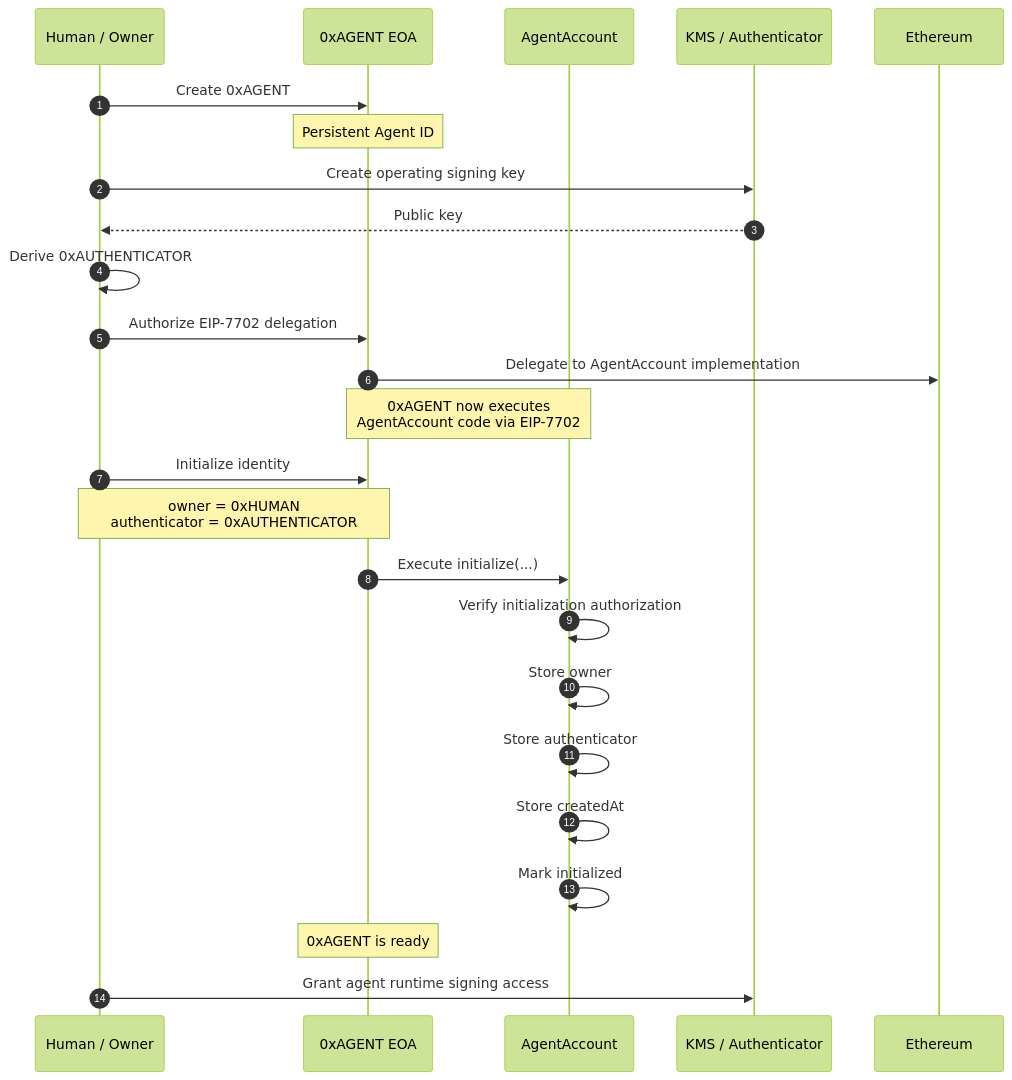
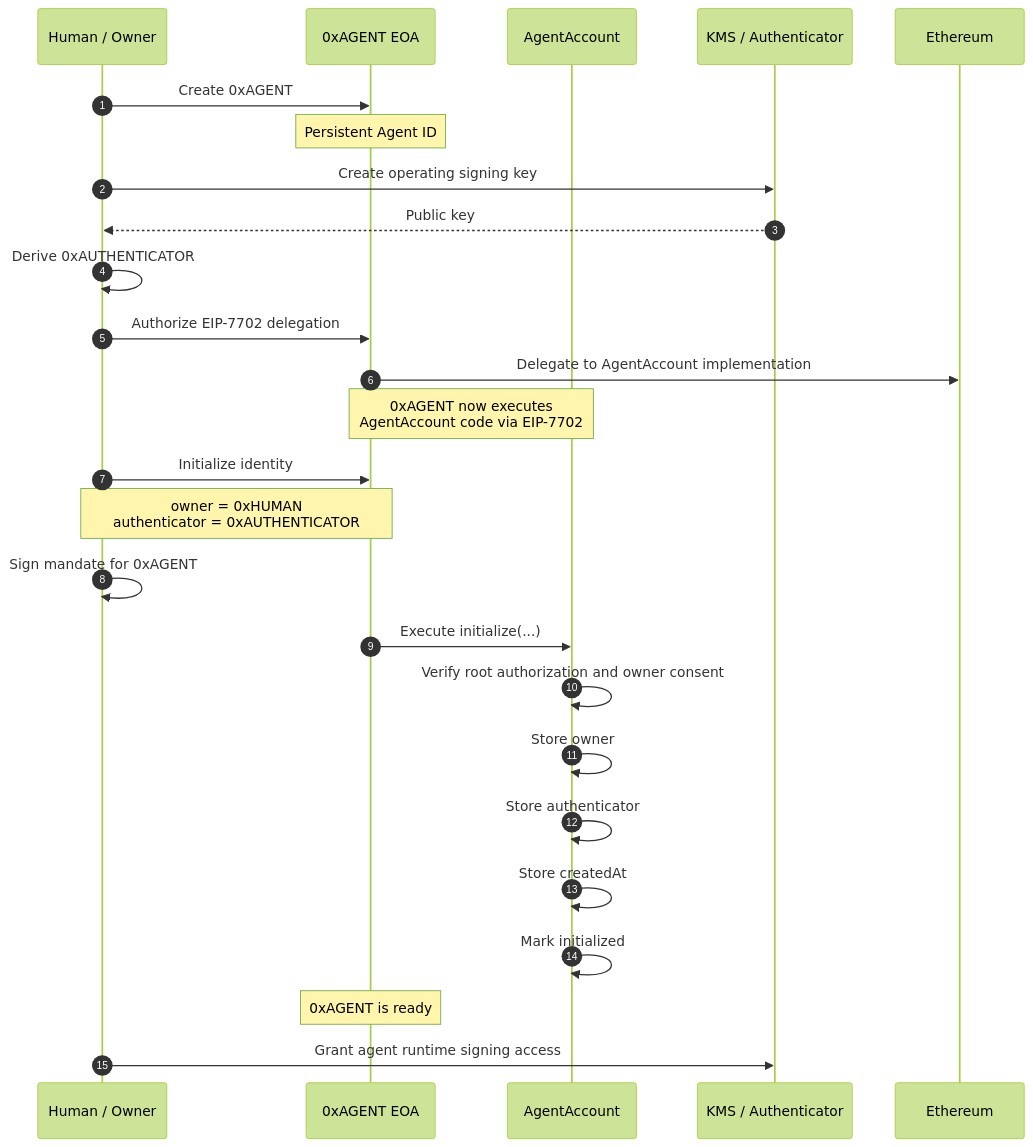
Before and after one commit to ryuux05/eth-tokyo-2026: the first of 3 diagrams in docs/PROTOCOL.md, drawn with Mermaid (forest theme). The commit also changed other lines of this file and 2 other files, not shown here.

Commit message:
Document agent identity and user mandate model

````diff
--- a/docs/PROTOCOL.md
+++ b/docs/PROTOCOL.md
@@ -30,36 +36,37 @@
 ```mermaid
 sequenceDiagram
     autonumber
 
     participant H as Human / Owner
     participant A as 0xAGENT EOA
     participant C as AgentAccount
     participant K as KMS / Authenticator
     participant E as Ethereum
 
     H->>A: Create 0xAGENT
     Note over A: Persistent Agent ID
 
     H->>K: Create operating signing key
     K-->>H: Public key
     H->>H: Derive 0xAUTHENTICATOR
 
     H->>A: Authorize EIP-7702 delegation
     A->>E: Delegate to AgentAccount implementation
 
     Note over A,C: 0xAGENT now executes<br/>AgentAccount code via EIP-7702
 
     H->>A: Initialize identity
     Note over H,A: owner = 0xHUMAN<br/>authenticator = 0xAUTHENTICATOR
+    H->>H: Sign mandate for 0xAGENT
 
     A->>C: Execute initialize(...)
-    C->>C: Verify initialization authorization
+    C->>C: Verify root authorization and owner consent
     C->>C: Store owner
     C->>C: Store authenticator
     C->>C: Store createdAt
     C->>C: Mark initialized
 
     Note over A: 0xAGENT is ready
 
     H->>K: Grant agent runtime signing access
 ```
````
